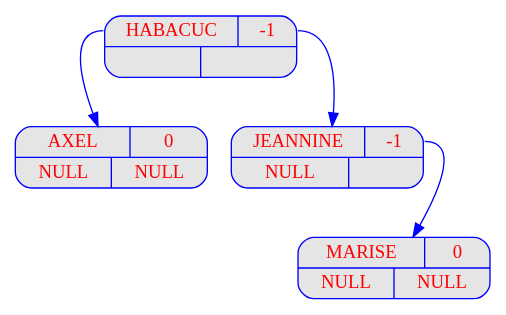
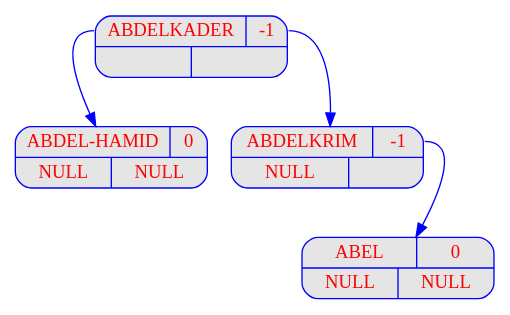
One commit to FilRougeAAP/Fil_Rouge changed the diagram in Programme_1/output_Prog1/dot/displayAVL_v03.dot. Above: the diagram before and after it, drawn with Graphviz. The commit also changed 45 other files, not shown here.

```diff
--- a/Programme_1/output_Prog1/dot/displayAVL_v03.dot
+++ b/Programme_1/output_Prog1/dot/displayAVL_v03.dot
@@ -1,27 +1,27 @@
 digraph displayAVL {
 	node [
 		fontname  = "Arial bold" 
 		fontsize  = "14"
 		fontcolor = "red"
 		style     = "rounded, filled"
 		shape     = "record"
 		fillcolor = "grey90"
 		color     = "blue"
 		width     = "2"
 	]
 
 	edge [
 		color     = "blue"
 	]
 
-	"HABACUC" [label = "{{<g> HABACUC | <d> -1 } | { <g> | <d>}}"];
-	"HABACUC":g -> "AXEL";
-	"AXEL" [label = "{{<g> AXEL | <d> 0 } | { <g> | <d>}}"];
-	"AXEL" [label = "{{<g> AXEL | <d> 0 }| { <g> NULL | <d> NULL}}"];
-	"HABACUC":d -> "JEANNINE";
-	"JEANNINE" [label = "{{<g> JEANNINE | <d> -1 } | { <g> | <d>}}"];
-	"JEANNINE" [label = "{{<g> JEANNINE | <d> -1 }| { <g> NULL | <d> }}"];
-	"JEANNINE":d -> "MARISE";
-	"MARISE" [label = "{{<g> MARISE | <d> 0 } | { <g> | <d>}}"];
-	"MARISE" [label = "{{<g> MARISE | <d> 0 }| { <g> NULL | <d> NULL}}"];
+	"ABDELKADER" [label = "{{<g> ABDELKADER | <d> -1 } | { <g> | <d>}}"];
+	"ABDELKADER":g -> "ABDEL-HAMID";
+	"ABDEL-HAMID" [label = "{{<g> ABDEL-HAMID | <d> 0 } | { <g> | <d>}}"];
+	"ABDEL-HAMID" [label = "{{<g> ABDEL-HAMID | <d> 0 }| { <g> NULL | <d> NULL}}"];
+	"ABDELKADER":d -> "ABDELKRIM";
+	"ABDELKRIM" [label = "{{<g> ABDELKRIM | <d> -1 } | { <g> | <d>}}"];
+	"ABDELKRIM" [label = "{{<g> ABDELKRIM | <d> -1 }| { <g> NULL | <d> }}"];
+	"ABDELKRIM":d -> "ABEL";
+	"ABEL" [label = "{{<g> ABEL | <d> 0 } | { <g> | <d>}}"];
+	"ABEL" [label = "{{<g> ABEL | <d> 0 }| { <g> NULL | <d> NULL}}"];
 }
```
